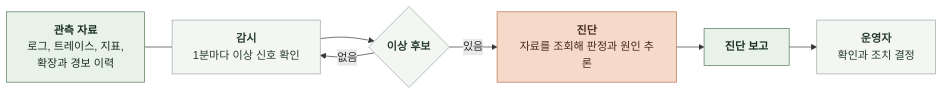
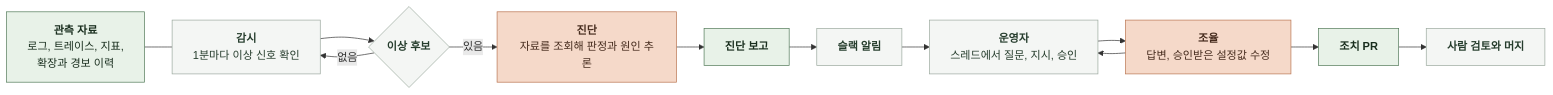
One commit to KIM-N-KANG/knk-harness changed the diagram in docs/domain/OBSERVABILITY/AI/1-BACKGROUND.md. Above: the diagram before and after it, drawn with Mermaid. The commit also changed other lines of this file and 16 other files, not shown here.

````diff
--- a/docs/domain/OBSERVABILITY/AI/1-BACKGROUND.md
+++ b/docs/domain/OBSERVABILITY/AI/1-BACKGROUND.md
@@ -55,21 +55,27 @@
 ```mermaid
 %%{init: {"flowchart": {"curve": "basis", "nodeSpacing": 24, "rankSpacing": 40}}}%%
 flowchart LR
     D["`**관측 자료**
 로그, 트레이스, 지표,
 확장과 경보 이력`"] --- W["`**감시**
 1분마다 이상 신호 확인`"]
     W --> C{"`**이상 후보**`"}
     C -->|없음| W
     C -->|있음| A["`**진단**
 자료를 조회해 판정과 원인 추론`"]
     A --> R["`**진단 보고**`"]
-    R --> O["`**운영자**
-확인과 조치 결정`"]
+    R --> N["`**슬랙 알림**`"]
+    N --> O["`**운영자**
+스레드에서 질문, 지시, 승인`"]
+    O --> T["`**조율**
+답변, 승인받은 설정값 수정`"]
+    T --> O
+    T --> P["`**조치 PR**`"]
+    P --> M["`**사람 검토와 머지**`"]
     classDef data fill:#E8F2E8,stroke:#527A59,color:#182D1D
     classDef model fill:#F5D9C9,stroke:#B97450,color:#452B1D
     classDef code fill:#F4F6F4,stroke:#9BA99E,color:#253C2C
-    class D,R data
-    class A model
-    class W,C,O code
+    class D,R,P data
+    class A,T model
+    class W,C,N,O,M code
 ```
````
